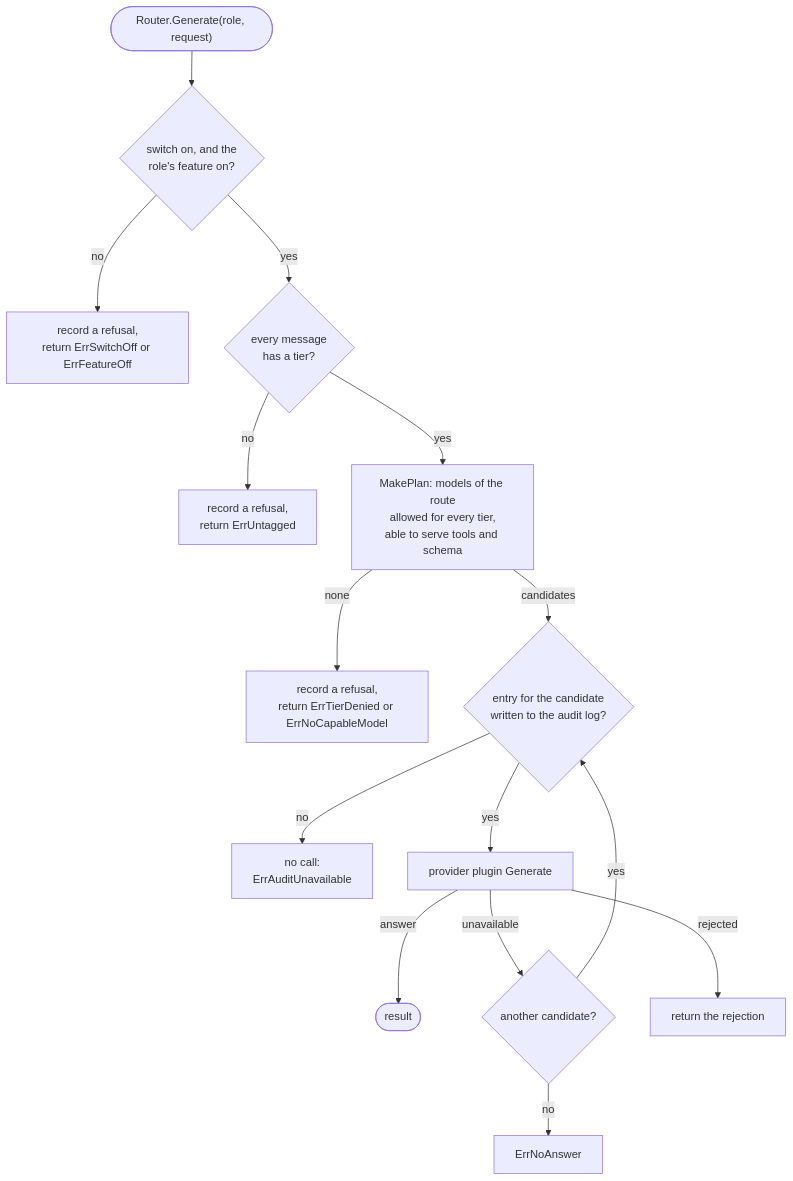
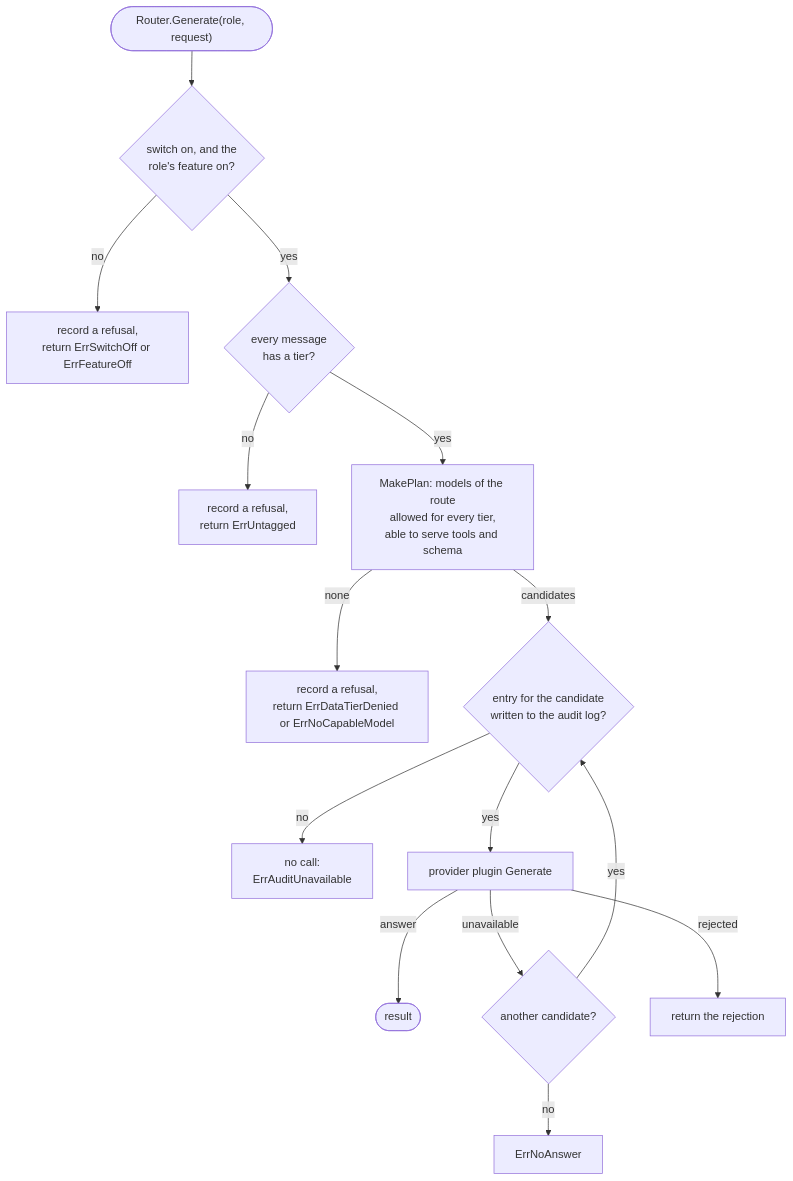
The second of 2 diagrams in docs/concepts/models.md (arkadiuss/openfief), drawn with Mermaid before and after one commit. The commit also changed other lines of this file and 114 other files, not shown here.

````diff
--- a/docs/concepts/models.md
+++ b/docs/concepts/models.md
@@ -49,17 +49,17 @@
 ```mermaid
 flowchart TD
   start(["Router.Generate(role, request)"]) --> sw{"switch on, and the<br/>role's feature on?"}
   sw -- no --> refused["record a refusal,<br/>return ErrSwitchOff or ErrFeatureOff"]
   sw -- yes --> tag{"every message<br/>has a tier?"}
   tag -- no --> refused2["record a refusal,<br/>return ErrUntagged"]
   tag -- yes --> plan["MakePlan: models of the route<br/>allowed for every tier,<br/>able to serve tools and schema"]
-  plan -- none --> refused3["record a refusal,<br/>return ErrTierDenied or ErrNoCapableModel"]
+  plan -- none --> refused3["record a refusal,<br/>return ErrDataTierDenied or ErrNoCapableModel"]
   plan -- candidates --> rec{"entry for the candidate<br/>written to the audit log?"}
   rec -- no --> failed["no call:<br/>ErrAuditUnavailable"]
   rec -- yes --> gen["provider plugin Generate"]
   gen -- answer --> result(["result"])
   gen -- unavailable --> next{"another candidate?"}
   next -- yes --> rec
   next -- no --> noanswer["ErrNoAnswer"]
   gen -- rejected --> rejected["return the rejection"]
 ```
````
